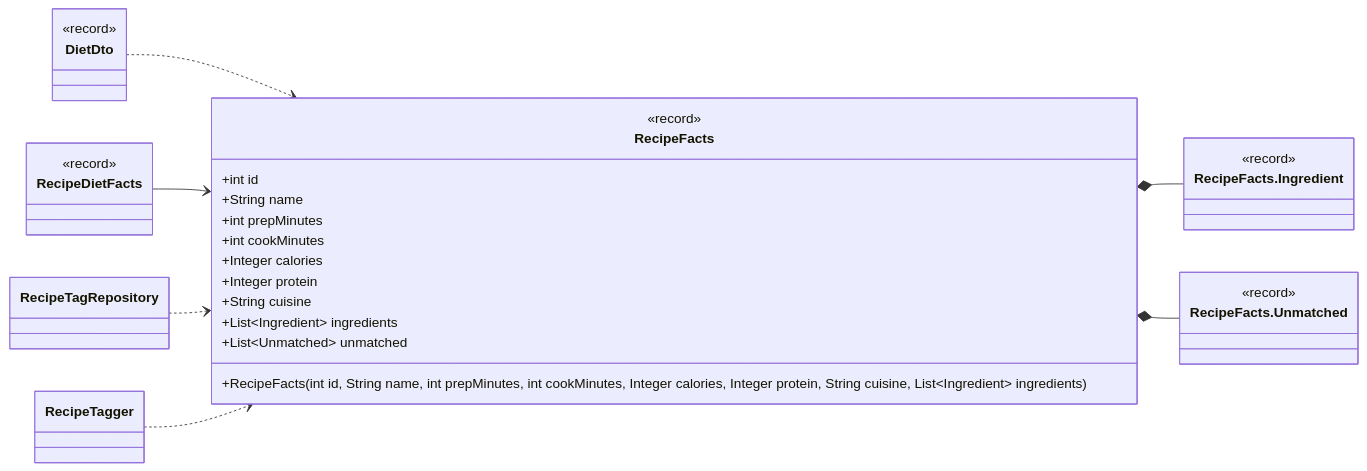
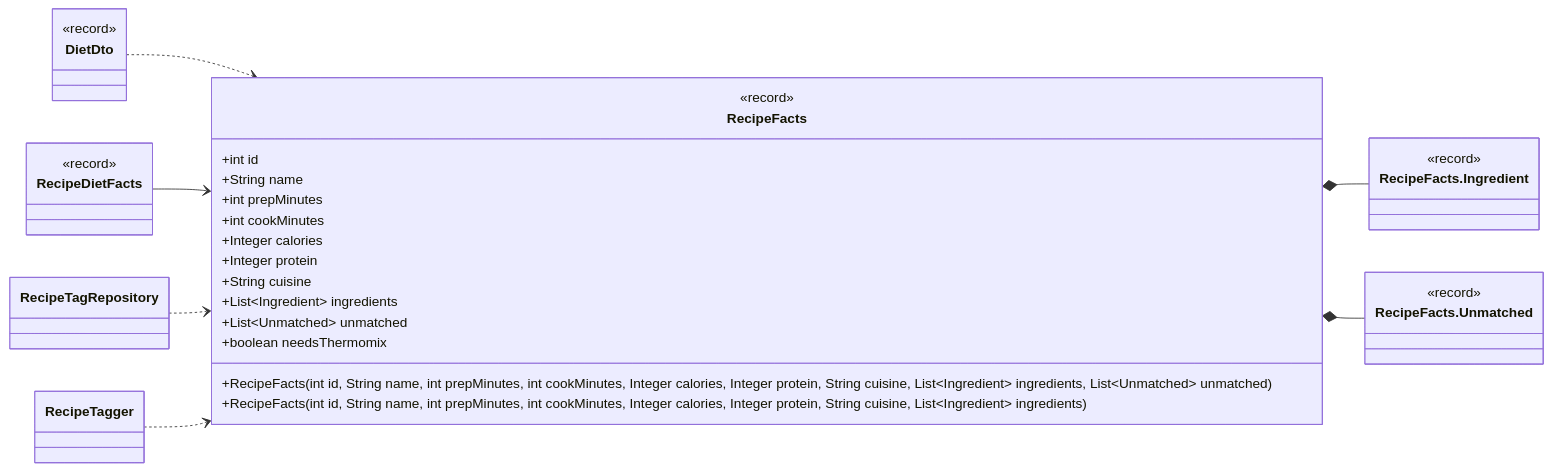
Before and after one commit to Nate-ryan-7690/dahaem: diagram 15 of 30 in docs/classes/tags.md, drawn with Mermaid. The commit also changed other lines of this file and 5 other files, not shown here.

````diff
--- a/docs/classes/tags.md
+++ b/docs/classes/tags.md
@@ -785,37 +790,39 @@
 ```mermaid
 classDiagram
     direction LR
     class tags_RecipeFacts["RecipeFacts"] {
         <<record>>
         +int id
         +String name
         +int prepMinutes
         +int cookMinutes
         +Integer calories
         +Integer protein
         +String cuisine
         +List~Ingredient~ ingredients
         +List~Unmatched~ unmatched
+        +boolean needsThermomix
+        +RecipeFacts(int id, String name, int prepMinutes, int cookMinutes, Integer calories, Integer protein, String cuisine, List~Ingredient~ ingredients, List~Unmatched~ unmatched)
         +RecipeFacts(int id, String name, int prepMinutes, int cookMinutes, Integer calories, Integer protein, String cuisine, List~Ingredient~ ingredients)
     }
     class tags_RecipeFacts_Ingredient["RecipeFacts.Ingredient"] {
         <<record>>
     }
     class tags_RecipeFacts_Unmatched["RecipeFacts.Unmatched"] {
         <<record>>
     }
     class diet_RecipeDietFacts["RecipeDietFacts"] {
         <<record>>
     }
     class api_DietDto["DietDto"] {
         <<record>>
     }
     class tags_RecipeTagRepository["RecipeTagRepository"]
     class tags_RecipeTagger["RecipeTagger"]
     tags_RecipeFacts *-- tags_RecipeFacts_Ingredient
     tags_RecipeFacts *-- tags_RecipeFacts_Unmatched
     api_DietDto ..> tags_RecipeFacts
     diet_RecipeDietFacts --> tags_RecipeFacts
     tags_RecipeTagRepository ..> tags_RecipeFacts
     tags_RecipeTagger ..> tags_RecipeFacts
 ```
````
